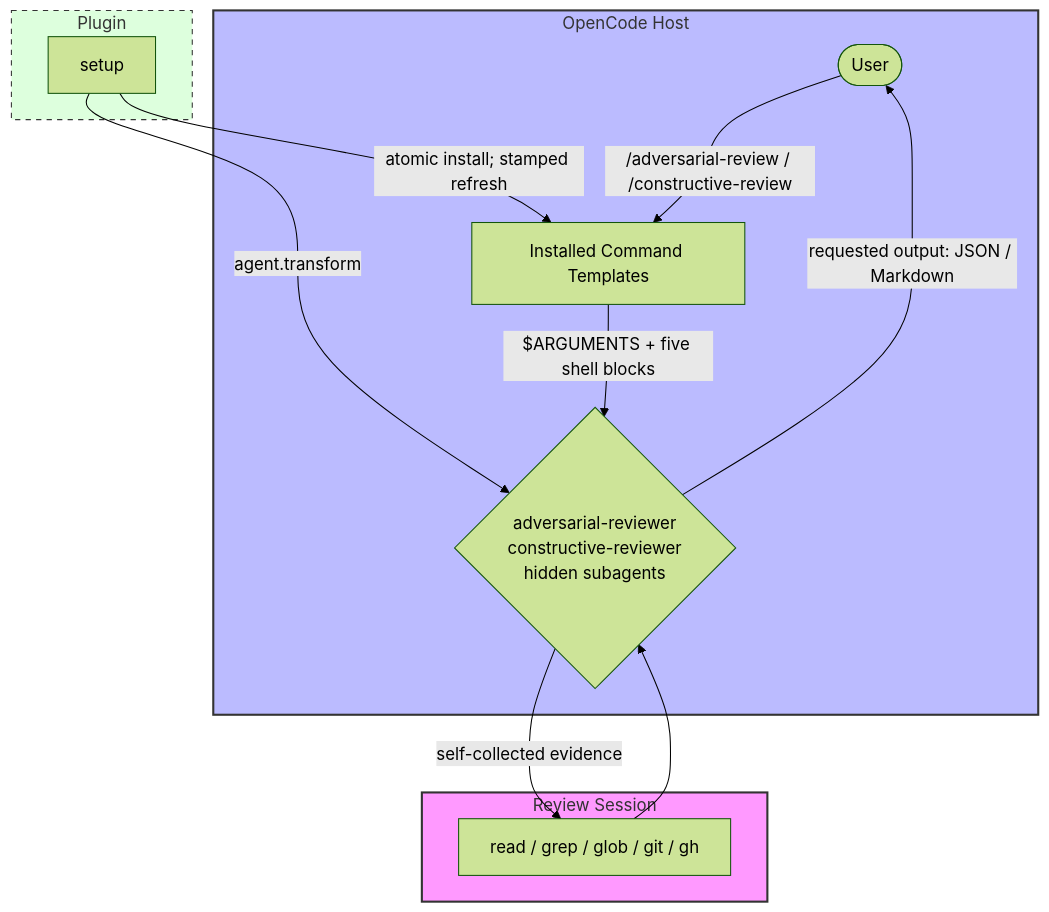
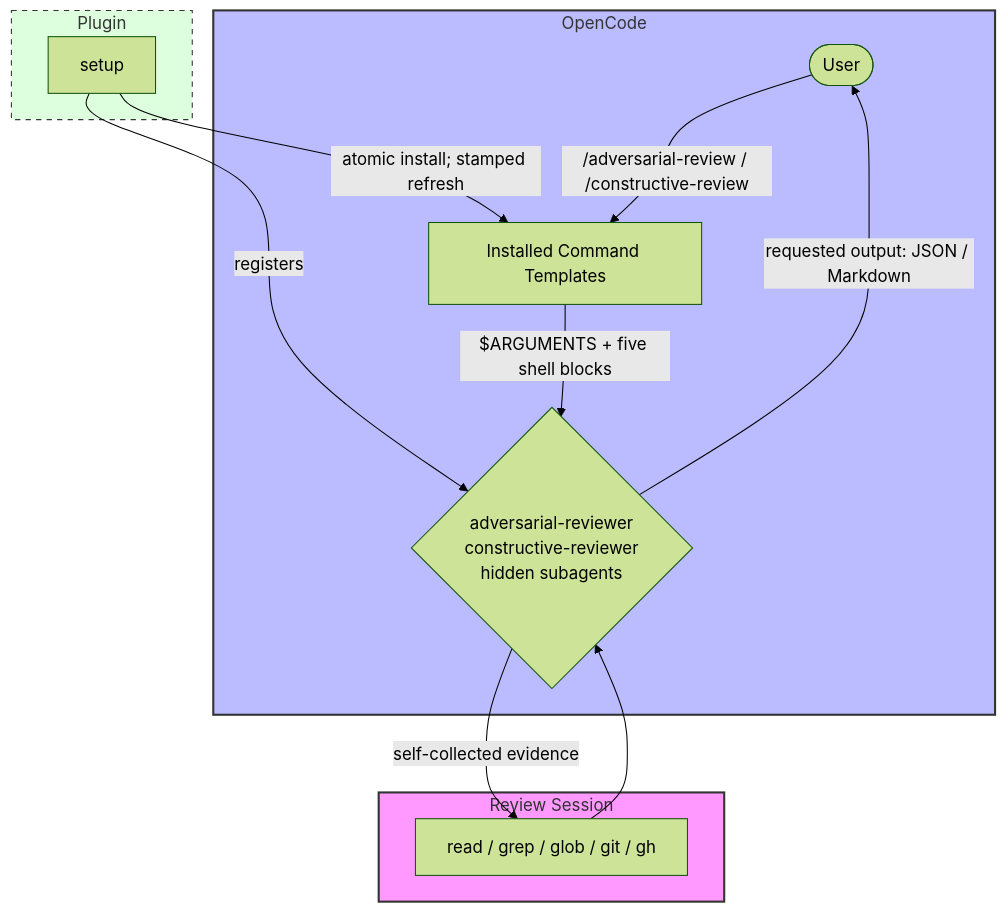
The diagram in packages/opencode-adversarial-review/README.md (capyBearista/opencode-plugins), drawn with Mermaid (forest theme) before and after one commit. The commit also changed other lines of this file and 16 other files, not shown here.

````diff
--- a/packages/opencode-adversarial-review/README.md
+++ b/packages/opencode-adversarial-review/README.md
@@ -31,26 +23,26 @@
 ```mermaid
 graph TB
-    subgraph Host [OpenCode Host]
+    subgraph OpenCode [OpenCode]
         User([User]) -->|"/adversarial-review / /constructive-review"| Command[Installed Command Templates]
         Command -->|"$ARGUMENTS + five shell blocks"| Reviewer
     end
 
     subgraph Plugin [Plugin]
-        Setup[setup] -->|agent.transform| Reviewer{"adversarial-reviewer<br/>constructive-reviewer<br/>hidden subagents"}
+        Setup[setup] -->|registers| Reviewer{"adversarial-reviewer<br/>constructive-reviewer<br/>hidden subagents"}
         Setup -->|"atomic install; stamped refresh"| Command
     end
 
     subgraph Review [Review Session]
         Reviewer -->|self-collected evidence| Tools[read / grep / glob / git / gh]
         Tools --> Reviewer
         Reviewer -->|"requested output: JSON / Markdown"| User
     end
 
-    classDef host fill:#bbf,stroke:#333,stroke-width:2px;
+    classDef opencode fill:#bbf,stroke:#333,stroke-width:2px;
     classDef plugin fill:#dfd,stroke:#333,stroke-width:1px,stroke-dasharray: 5 5;
     classDef adversary fill:#f9f,stroke:#333,stroke-width:2px;
 
-    class Host host;
+    class OpenCode opencode;
     class Plugin plugin;
     class Review adversary;
 ```
````
